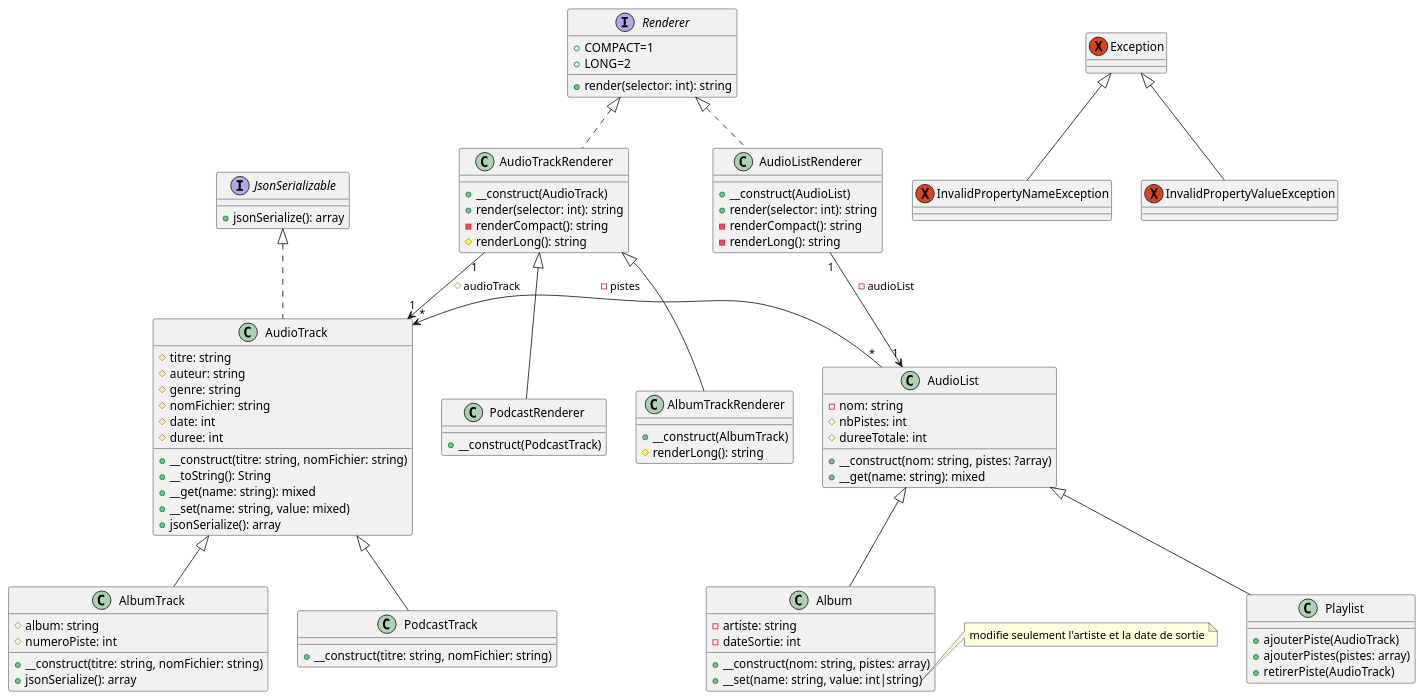
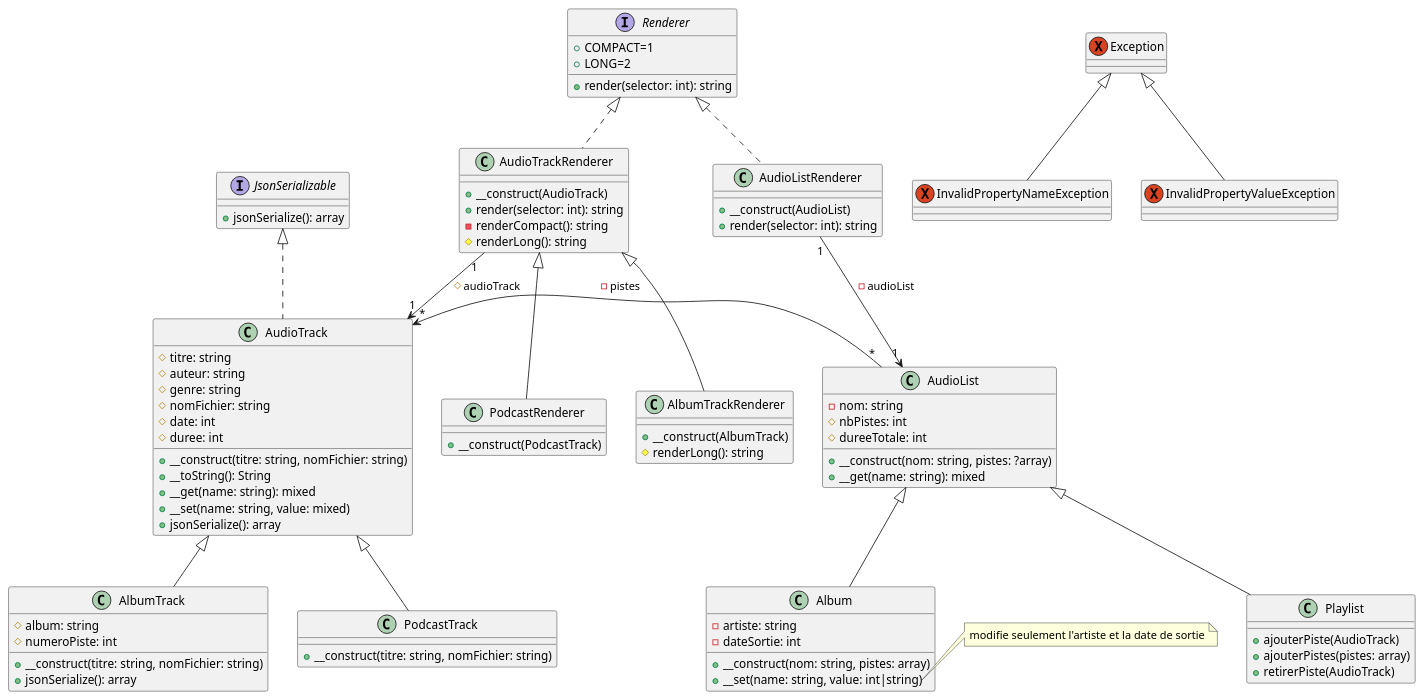
One commit to Packingdustry/deefiy_php changed the diagram in diagClass.puml. Above: the diagram before and after it, drawn with PlantUML. The commit also changed 2 other files, not shown here.

Commit message:
td5.4 ajoute AudioListRenderer et modifie son diagramme de classe

```diff
--- a/diagClass.puml
+++ b/diagClass.puml
@@ -1,92 +1,90 @@
 @startuml
 class AlbumTrack extends AudioTrack {
   #album: string
   #numeroPiste: int
   +__construct(titre: string, nomFichier: string)
   +jsonSerialize(): array
 }
 
 class PodcastTrack extends AudioTrack {
   +__construct(titre: string, nomFichier: string)
 }
 
 interface JsonSerializable {
     +jsonSerialize(): array
 }
 
 class AudioTrack implements JsonSerializable {
   #titre: string
   #auteur: string
   #genre: string
   #nomFichier: string
   #date: int
   #duree: int
   +__construct(titre: string, nomFichier: string)
   +__toString(): String
   +__get(name: string): mixed
   +__set(name: string, value: mixed)
   +jsonSerialize(): array
 }
 
 interface Renderer {
   +COMPACT=1
   +LONG=2
   +render(selector: int): string
 }
 
 class AudioTrackRenderer implements Renderer {
   +__construct(AudioTrack)
   +render(selector: int): string
   -renderCompact(): string
   #renderLong(): string
 }
 
 class AlbumTrackRenderer extends AudioTrackRenderer {
   +__construct(AlbumTrack)
   #renderLong(): string
 }
 
 class PodcastRenderer extends AudioTrackRenderer {
   +__construct(PodcastTrack)
 }
 
 class AudioList {
   -nom: string
   #nbPistes: int
   #dureeTotale: int
   +__construct(nom: string, pistes: ?array)
   +__get(name: string): mixed
 }
 
 class Album extends AudioList {
   -artiste: string
   -dateSortie: int
   +__construct(nom: string, pistes: array)
   +__set(name: string, value: int|string)
 }
 
 class Playlist extends AudioList {
   +ajouterPiste(AudioTrack)
   +ajouterPistes(pistes: array)
   +retirerPiste(AudioTrack)
 }
 
 class AudioListRenderer implements Renderer {
   +__construct(AudioList)
   +render(selector: int): string
-  -renderCompact(): string
-  -renderLong(): string
 }
 
 exception Exception
 exception InvalidPropertyNameException extends Exception
 exception InvalidPropertyValueException extends Exception
 
 AudioTrackRenderer "1"--> "1" AudioTrack: "#audioTrack"
 AudioListRenderer "1"--> "1" AudioList: "-audioList"
 AudioList "*" -left-> "*" AudioTrack: "-pistes"
 
 note right of Album::__set
   modifie seulement l'artiste et la date de sortie
 end note
 @enduml
```
